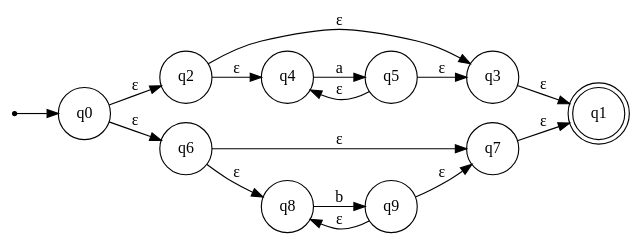
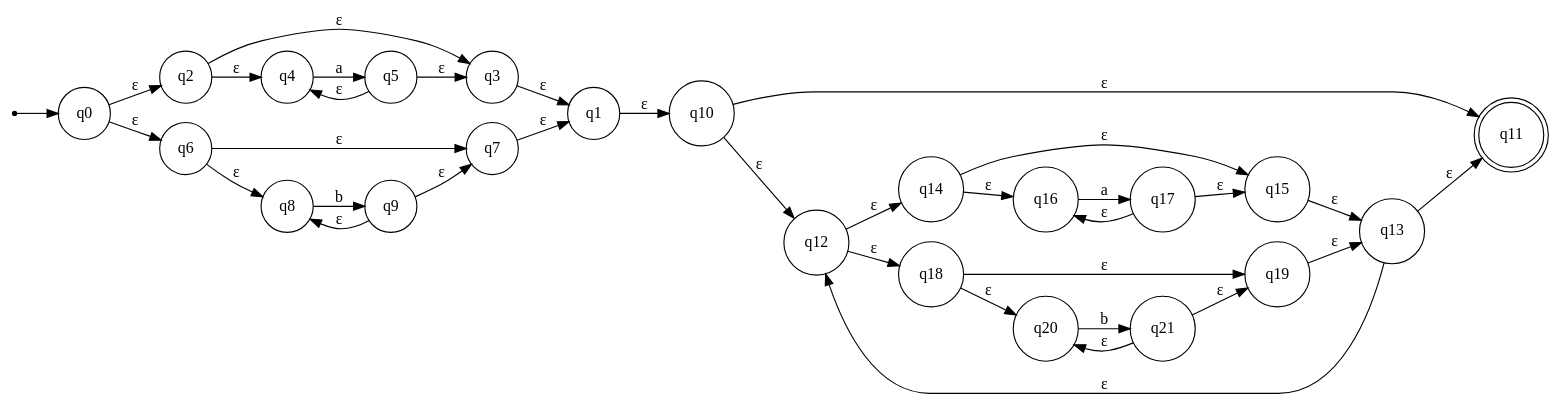
One commit to AscencioSIUU/TeoriaComputacion changed the diagram in labs/lab4/dotout/nfa_001.dot. Above: the diagram before and after it, drawn with Graphviz. The commit also changed 5 other files, not shown here.

```diff
--- a/labs/lab4/dotout/nfa_001.dot
+++ b/labs/lab4/dotout/nfa_001.dot
@@ -1,30 +1,61 @@
 digraph NFA {
   rankdir=LR;
   node [shape=circle];
   s [shape=point];
   s -> q0;
-  q1 [shape=doublecircle];
+  q11 [shape=doublecircle];
   q0;
+  q1;
   q2;
   q3;
   q4;
   q5;
   q6;
   q7;
   q8;
   q9;
+  q10;
+  q12;
+  q13;
+  q14;
+  q15;
+  q16;
+  q17;
+  q18;
+  q19;
+  q20;
+  q21;
   q0 -> q2 [label="ε"];
   q0 -> q6 [label="ε"];
+  q1 -> q10 [label="ε"];
   q2 -> q4 [label="ε"];
   q2 -> q3 [label="ε"];
   q3 -> q1 [label="ε"];
   q4 -> q5 [label="a"];
   q5 -> q4 [label="ε"];
   q5 -> q3 [label="ε"];
   q6 -> q8 [label="ε"];
   q6 -> q7 [label="ε"];
   q7 -> q1 [label="ε"];
   q8 -> q9 [label="b"];
   q9 -> q8 [label="ε"];
   q9 -> q7 [label="ε"];
+  q10 -> q12 [label="ε"];
+  q10 -> q11 [label="ε"];
+  q12 -> q14 [label="ε"];
+  q12 -> q18 [label="ε"];
+  q13 -> q12 [label="ε"];
+  q13 -> q11 [label="ε"];
+  q14 -> q16 [label="ε"];
+  q14 -> q15 [label="ε"];
+  q15 -> q13 [label="ε"];
+  q16 -> q17 [label="a"];
+  q17 -> q16 [label="ε"];
+  q17 -> q15 [label="ε"];
+  q18 -> q20 [label="ε"];
+  q18 -> q19 [label="ε"];
+  q19 -> q13 [label="ε"];
+  q20 -> q21 [label="b"];
+  q21 -> q20 [label="ε"];
+  q21 -> q19 [label="ε"];
 }
```
